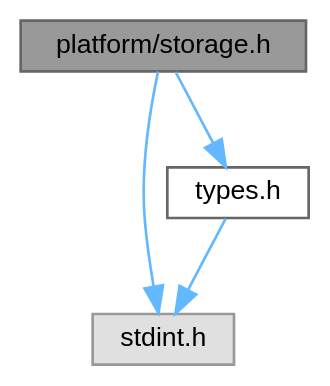
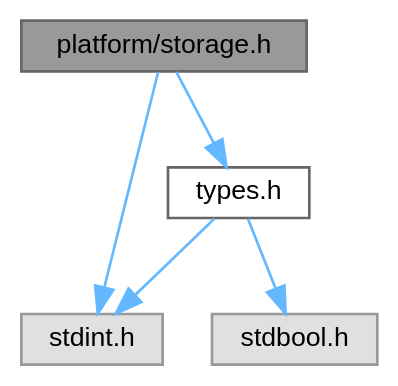
The diagram in storage_8h__incl.dot (ebs-universe/piolib-platform), drawn with Graphviz before and after one commit. The commit also changed 95 other files, not shown here.

```diff
--- a/storage_8h__incl.dot
+++ b/storage_8h__incl.dot
@@ -1,14 +1,16 @@
 digraph "platform/storage.h"
 {
  // INTERACTIVE_SVG=YES
  // LATEX_PDF_SIZE
   bgcolor="transparent";
   edge [fontname=Helvetica,fontsize=10,labelfontname=Helvetica,labelfontsize=10];
   node [fontname=Helvetica,fontsize=10,shape=box,height=0.2,width=0.4];
   Node1 [id="Node000001",label="platform/storage.h",height=0.2,width=0.4,color="gray40", fillcolor="grey60", style="filled", fontcolor="black",tooltip=" "];
   Node1 -> Node2 [id="edge1_Node000001_Node000002",color="steelblue1",style="solid",tooltip=" "];
   Node2 [id="Node000002",label="stdint.h",height=0.2,width=0.4,color="grey60", fillcolor="#E0E0E0", style="filled",tooltip=" "];
   Node1 -> Node3 [id="edge2_Node000001_Node000003",color="steelblue1",style="solid",tooltip=" "];
   Node3 [id="Node000003",label="types.h",height=0.2,width=0.4,color="grey40", fillcolor="white", style="filled",URL="$types_8h.html",tooltip=" "];
   Node3 -> Node2 [id="edge3_Node000003_Node000002",color="steelblue1",style="solid",tooltip=" "];
+  Node3 -> Node4 [id="edge4_Node000003_Node000004",color="steelblue1",style="solid",tooltip=" "];
+  Node4 [id="Node000004",label="stdbool.h",height=0.2,width=0.4,color="grey60", fillcolor="#E0E0E0", style="filled",tooltip=" "];
 }
```
